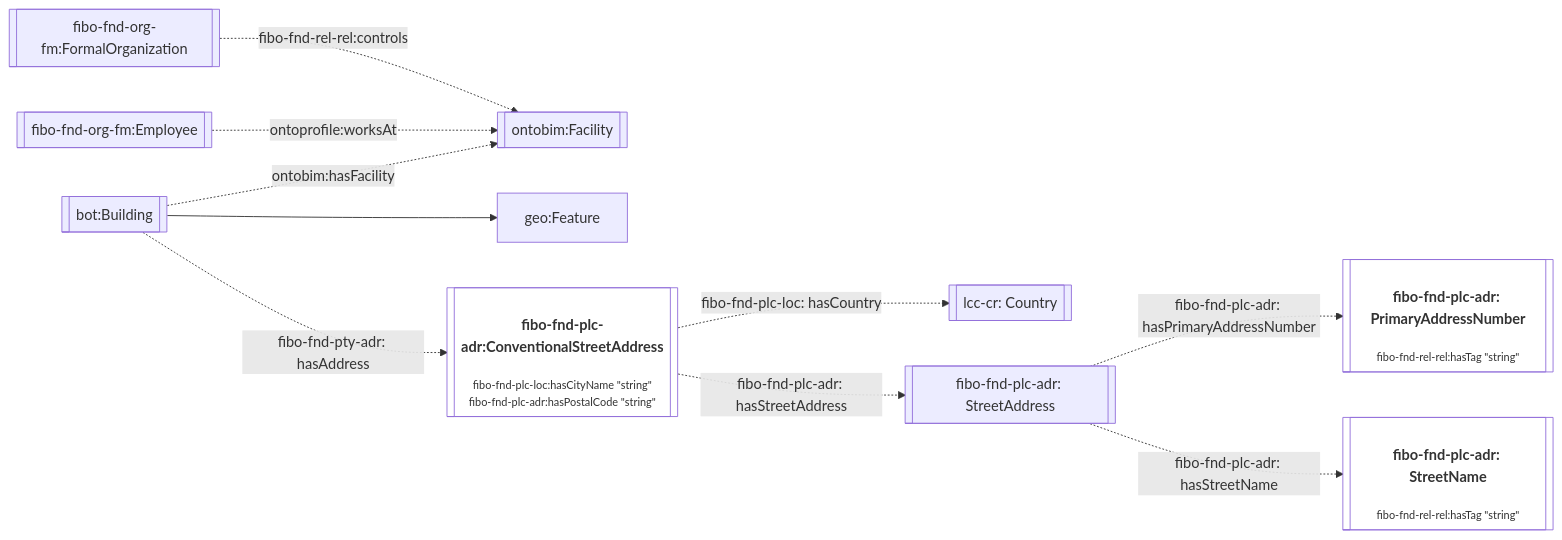
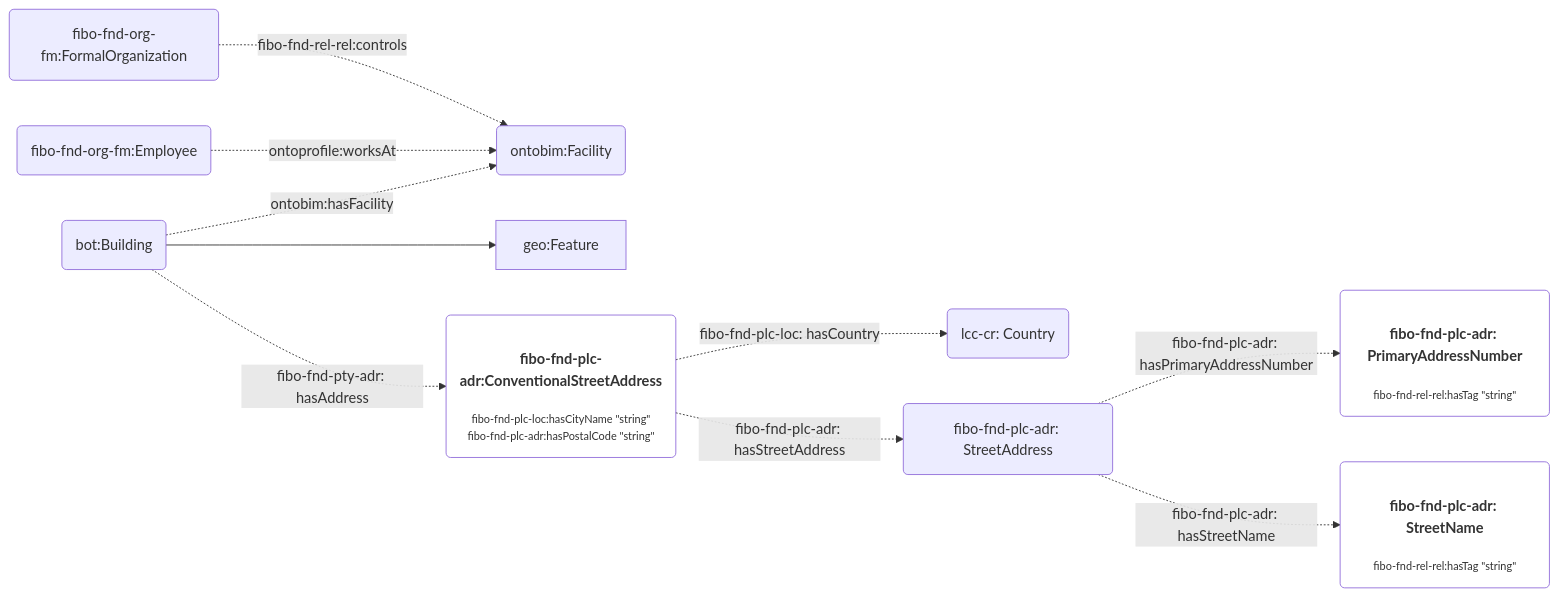
Before and after one commit to cambridge-cares/TheWorldAvatar: the seventh of 7 diagrams in JPS_Ontology/ontology/ontoprofile/README.MD, drawn with Mermaid. The commit also changed other lines of this file, not shown here.

Commit message:
dev-service-execution-ontology-extension: modify flowchart shape

````diff
--- a/JPS_Ontology/ontology/ontoprofile/README.MD
+++ b/JPS_Ontology/ontology/ontoprofile/README.MD
@@ -220,19 +220,19 @@
 ```mermaid
 flowchart LR
     %% Styling
     classDef literal fill:none
 
     %% Contents
-    Org[[fibo-fnd-org-fm:FormalOrganization]] -. fibo-fnd-rel-rel:controls .-> Facility
-    Employee[[fibo-fnd-org-fm:Employee]] -. ontoprofile:worksAt .-> Facility
+    Org(fibo-fnd-org-fm:FormalOrganization) -. fibo-fnd-rel-rel:controls .-> Facility
+    Employee(fibo-fnd-org-fm:Employee) -. ontoprofile:worksAt .-> Facility
 
-    Building[[bot:Building]] -. ontobim:hasFacility .-> Facility[[ontobim:Facility]]
+    Building(bot:Building) -. ontobim:hasFacility .-> Facility(ontobim:Facility)
     Building --> geo:Feature
-    Building -. fibo-fnd-pty-adr: hasAddress .-> ConventionalStreetAddress[["<h4>fibo-fnd-plc-adr:ConventionalStreetAddress</h4><p style='font-size:0.75rem;'>fibo-fnd-plc-loc:hasCityName &quot;string&quot;<br>fibo-fnd-plc-adr:hasPostalCode &quot;string&quot;</p>"]]:::literal
+    Building -. fibo-fnd-pty-adr: hasAddress .-> ConventionalStreetAddress("<h4>fibo-fnd-plc-adr:ConventionalStreetAddress</h4><p style='font-size:0.75rem;'>fibo-fnd-plc-loc:hasCityName &quot;string&quot;<br>fibo-fnd-plc-adr:hasPostalCode &quot;string&quot;</p>"):::literal
 
-    ConventionalStreetAddress -. fibo-fnd-plc-loc: hasCountry .-> Country[[lcc-cr: Country]]
-    ConventionalStreetAddress -. fibo-fnd-plc-adr: hasStreetAddress .-> StreetAddress[[fibo-fnd-plc-adr: StreetAddress]]
+    ConventionalStreetAddress -. fibo-fnd-plc-loc: hasCountry .-> Country(lcc-cr: Country)
+    ConventionalStreetAddress -. fibo-fnd-plc-adr: hasStreetAddress .-> StreetAddress(fibo-fnd-plc-adr: StreetAddress)
 
-    StreetAddress -. fibo-fnd-plc-adr: hasPrimaryAddressNumber .-> PrimaryAddressNumber[["<h4>fibo-fnd-plc-adr: PrimaryAddressNumber</h4><p style='font-size:0.75rem;'>fibo-fnd-rel-rel:hasTag &quot;string&quot;</p>"]]:::literal
-    StreetAddress -. fibo-fnd-plc-adr: hasStreetName .-> StreetName[["<h4>fibo-fnd-plc-adr: StreetName</h4><p style='font-size:0.75rem;'>fibo-fnd-rel-rel:hasTag &quot;string&quot;</p>"]]:::literal
+    StreetAddress -. fibo-fnd-plc-adr: hasPrimaryAddressNumber .-> PrimaryAddressNumber("<h4>fibo-fnd-plc-adr: PrimaryAddressNumber</h4><p style='font-size:0.75rem;'>fibo-fnd-rel-rel:hasTag &quot;string&quot;</p>"):::literal
+    StreetAddress -. fibo-fnd-plc-adr: hasStreetName .-> StreetName("<h4>fibo-fnd-plc-adr: StreetName</h4><p style='font-size:0.75rem;'>fibo-fnd-rel-rel:hasTag &quot;string&quot;</p>"):::literal
 ```
````
